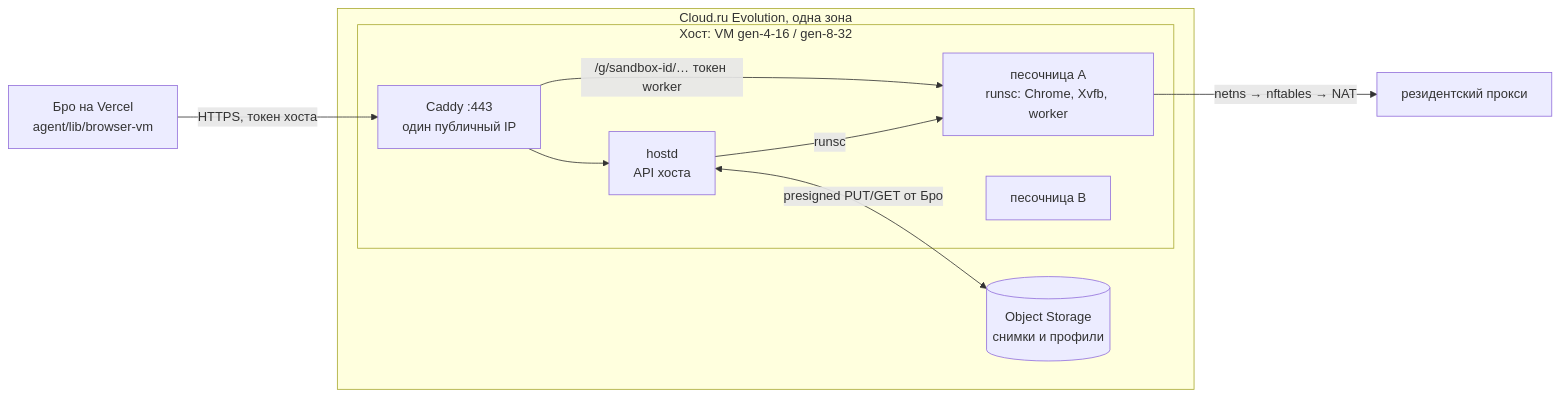
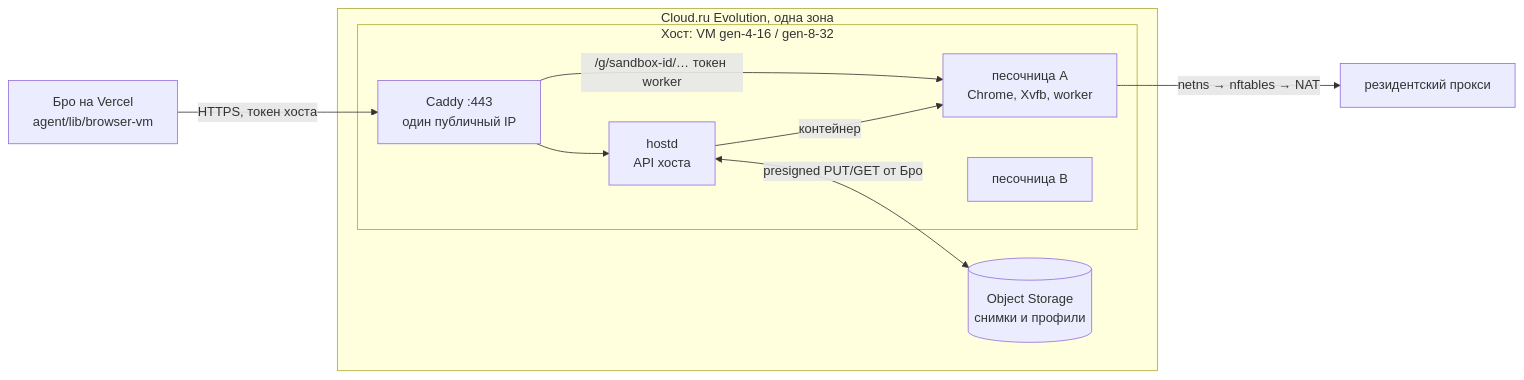
The diagram in docs/browser-pool.md (Ageree/bro), drawn with Mermaid before and after one commit. The commit also changed other lines of this file and 3 other files, not shown here.

````diff
--- a/docs/browser-pool.md
+++ b/docs/browser-pool.md
@@ -91,20 +120,20 @@
 ```mermaid
 flowchart LR
   bro["Бро на Vercel<br/>agent/lib/browser-vm"]
   subgraph cloudru["Cloud.ru Evolution, одна зона"]
     subgraph host["Хост: VM gen-4-16 / gen-8-32"]
       caddy["Caddy :443<br/>один публичный IP"]
       hostd["hostd<br/>API хоста"]
-      g1["песочница A<br/>runsc: Chrome, Xvfb, worker"]
+      g1["песочница A<br/>Chrome, Xvfb, worker"]
       g2["песочница B"]
     end
     s3[("Object Storage<br/>снимки и профили")]
   end
   proxy["резидентский прокси"]
   bro -- "HTTPS, токен хоста" --> caddy
   caddy --> hostd
   caddy -- "/g/sandbox-id/… токен worker" --> g1
-  hostd -- "runsc" --> g1
+  hostd -- "контейнер" --> g1
   hostd <-- "presigned PUT/GET от Бро" --> s3
   g1 -- "netns → nftables → NAT" --> proxy
 ```
````
